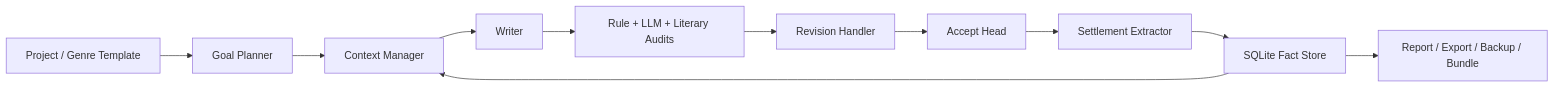
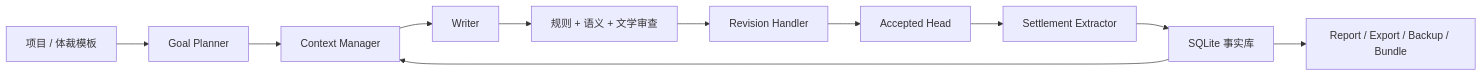
One commit to Bingtuu/Songyan changed the diagram in README.md. Above: the diagram before and after it, drawn with Mermaid. The commit also changed other lines of this file, not shown here.

````diff
--- a/README.md
+++ b/README.md
@@ -145,13 +147,13 @@
 ```mermaid
 flowchart LR
-    Project["Project / Genre Template"] --> Planner["Goal Planner"]
+    Project["项目 / 体裁模板"] --> Planner["Goal Planner"]
     Planner --> Context["Context Manager"]
     Context --> Writer["Writer"]
-    Writer --> Audits["Rule + LLM + Literary Audits"]
+    Writer --> Audits["规则 + 语义 + 文学审查"]
     Audits --> Revision["Revision Handler"]
-    Revision --> Accept["Accept Head"]
+    Revision --> Accept["Accepted Head"]
     Accept --> Settlement["Settlement Extractor"]
-    Settlement --> DB["SQLite Fact Store"]
+    Settlement --> DB["SQLite 事实库"]
     DB --> Context
     DB --> Report["Report / Export / Backup / Bundle"]
 ```
````
